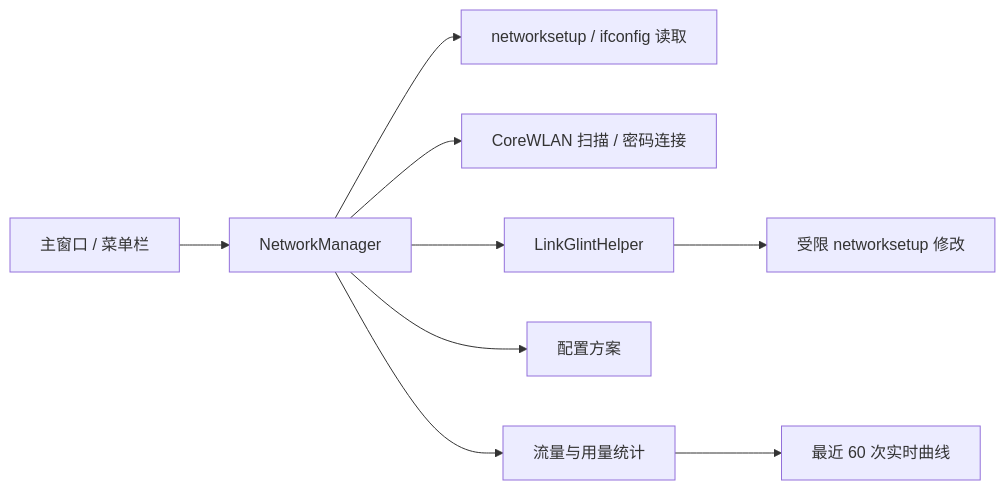
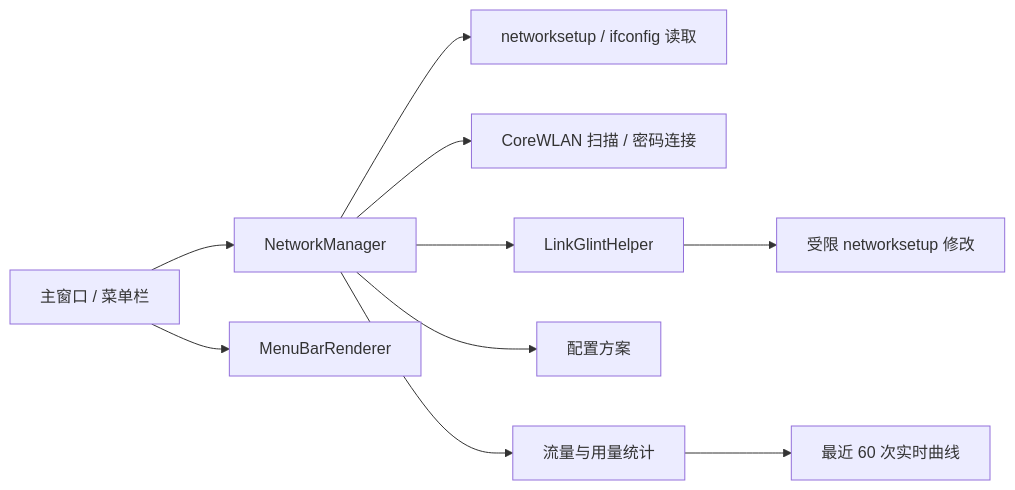
One commit to HarenaGodz/LinkGlint changed the diagram in docs/ARCHITECTURE.md. Above: the diagram before and after it, drawn with Mermaid. The commit also changed other lines of this file and 11 other files, not shown here.

Commit message:
Release LinkGlint 3.8.0 with improved menu bar UX

````diff
--- a/docs/ARCHITECTURE.md
+++ b/docs/ARCHITECTURE.md
@@ -19,11 +19,12 @@
 ```mermaid
 flowchart LR
     UI[主窗口 / 菜单栏] --> Manager[NetworkManager]
+    UI --> Renderer[MenuBarRenderer]
     Manager --> Read[networksetup / ifconfig 读取]
     Manager --> WLAN[CoreWLAN 扫描 / 密码连接]
     Manager --> Helper[LinkGlintHelper]
     Helper --> Write[受限 networksetup 修改]
     Manager --> Profiles[配置方案]
     Manager --> Usage[流量与用量统计]
     Usage --> Chart[最近 60 次实时曲线]
 ```
````
